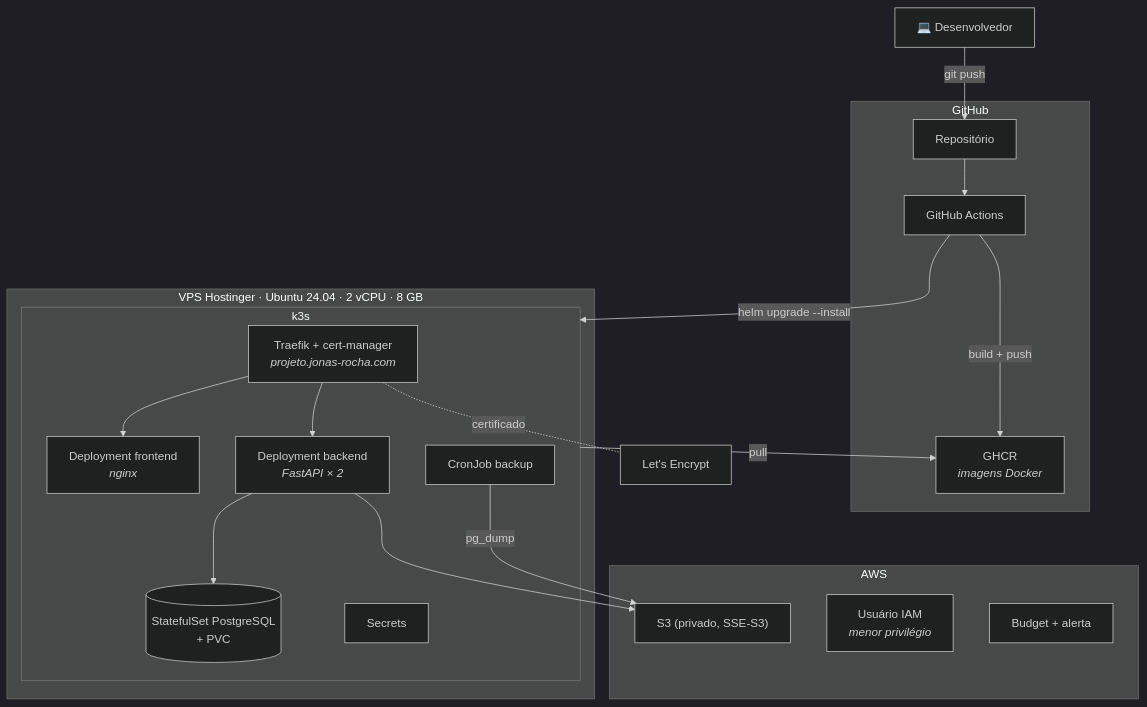
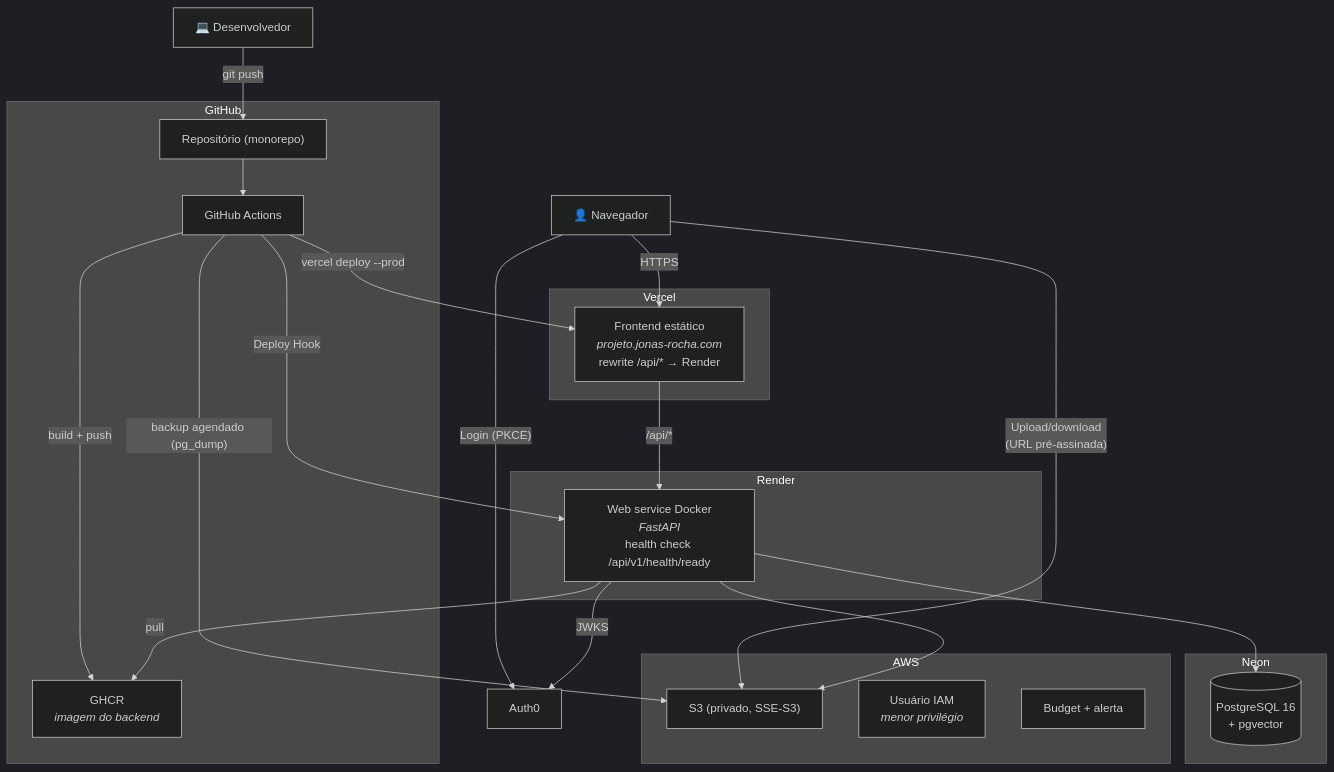
The first of 2 diagrams in _docs/implantacao.md (JonasRocha189/postpilot-ai), drawn with Mermaid (dark theme) before and after one commit. The commit also changed other lines of this file and 19 other files, not shown here.

Commit message:
feat: Auth0 JWT validation, health check endpoints and new logo

````diff
--- a/_docs/implantacao.md
+++ b/_docs/implantacao.md
@@ -7,40 +7,46 @@
 ```mermaid
 flowchart TB
     dev["💻 Desenvolvedor"]
+    browser["👤 Navegador"]
 
     subgraph github["GitHub"]
-        repo["Repositório"]
+        repo["Repositório (monorepo)"]
         actions["GitHub Actions"]
-        ghcr["GHCR<br/><i>imagens Docker</i>"]
+        ghcr["GHCR<br/><i>imagem do backend</i>"]
     end
 
-    subgraph vps["VPS Hostinger · Ubuntu 24.04 · 2 vCPU · 8 GB"]
-        subgraph k3s["k3s"]
-            traefik["Traefik + cert-manager<br/><i>projeto.jonas-rocha.com</i>"]
-            front["Deployment frontend<br/><i>nginx</i>"]
-            back["Deployment backend<br/><i>FastAPI × 2</i>"]
-            pg[("StatefulSet PostgreSQL<br/>+ PVC")]
-            cron["CronJob backup"]
-            secrets["Secrets"]
-        end
+    subgraph vercel["Vercel"]
+        front["Frontend estático<br/><i>projeto.jonas-rocha.com</i><br/>rewrite /api/* → Render"]
+    end
+
+    subgraph render["Render"]
+        back["Web service Docker<br/><i>FastAPI</i><br/>health check /api/v1/health/ready"]
+    end
+
+    subgraph neon["Neon"]
+        pg[("PostgreSQL 16<br/>+ pgvector")]
     end
 
     subgraph aws["AWS"]
         s3["S3 (privado, SSE-S3)"]
         iam["Usuário IAM<br/><i>menor privilégio</i>"]
         budget["Budget + alerta"]
     end
 
-    le["Let's Encrypt"]
+    auth0["Auth0"]
 
     dev -- "git push" --> repo
     repo --> actions
     actions -- "build + push" --> ghcr
-    actions -- "helm upgrade --install" --> k3s
-    k3s -- "pull" --> ghcr
-    traefik --> front & back
+    actions -- "Deploy Hook" --> back
+    actions -- "vercel deploy --prod" --> front
+    actions -- "backup agendado (pg_dump)" --> s3
+    back -- "pull" --> ghcr
+    browser -- "HTTPS" --> front
+    front -- "/api/*" --> back
+    browser -- "Login (PKCE)" --> auth0
+    browser -- "Upload/download<br/>(URL pré-assinada)" --> s3
     back --> pg
     back --> s3
-    cron -- "pg_dump" --> s3
-    traefik -. "certificado" .- le
+    back -- "JWKS" --> auth0
 ```
````
